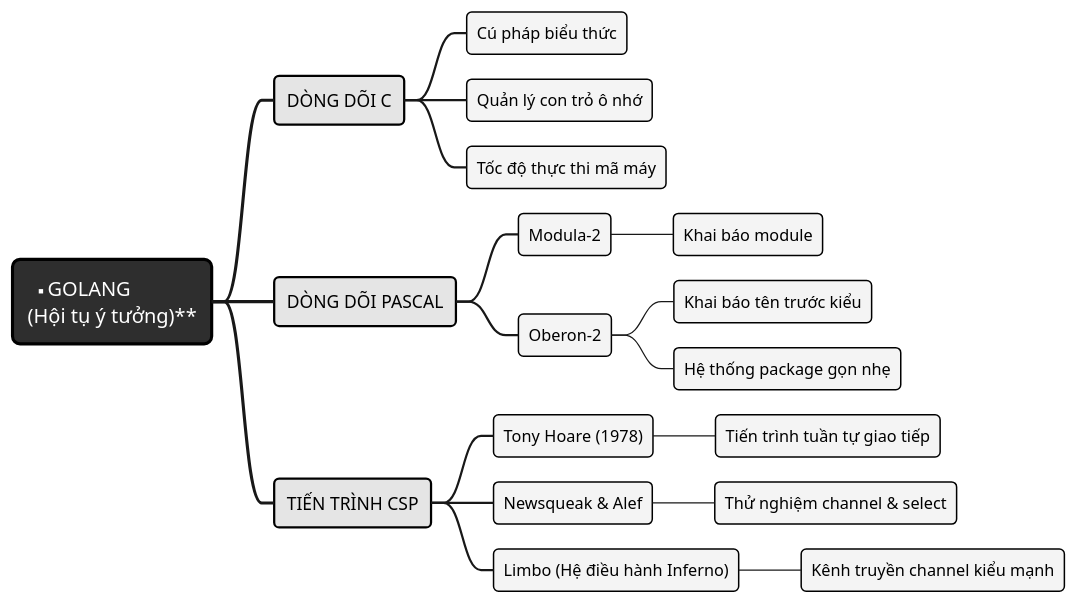
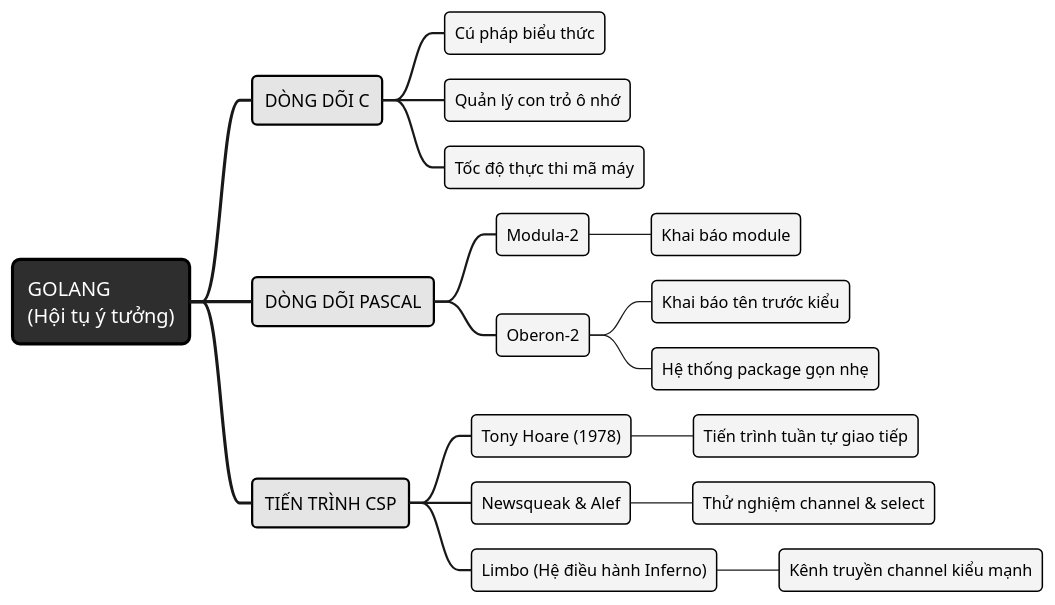
Before and after one commit to Minhlike/Golang: the diagram in assets/diagrams/go-idea-lineage.puml, drawn with PlantUML. The commit also changed 98 other files, not shown here.

```diff
--- a/assets/diagrams/go-idea-lineage.puml
+++ b/assets/diagrams/go-idea-lineage.puml
@@ -1,52 +1,52 @@
 @startmindmap
 skinparam backgroundColor white
 skinparam defaultFontName "Source Sans 3"
 skinparam defaultFontSize 14
 <style>
 mindmapDiagram {
   node {
     BackgroundColor #F4F4F4
     LineColor #000000
     LineThickness 1.2
     FontColor #000000
     FontSize 13
     RoundCorner 8
     Padding 8
   }
   :depth(0) {
     BackgroundColor #2E2E2E
     FontColor #FFFFFF
     FontSize 16
     LineThickness 2.5
     RoundCorner 12
     Padding 12
   }
   :depth(1) {
     BackgroundColor #E5E5E5
     FontColor #000000
     FontSize 14
     LineThickness 1.8
     RoundCorner 8
     Padding 10
   }
 }
 </style>
-* **GOLANG\n(Hội tụ ý tưởng)**
+* GOLANG\n(Hội tụ ý tưởng)
 ** DÒNG DÕI C
 *** Cú pháp biểu thức
 *** Quản lý con trỏ ô nhớ
 *** Tốc độ thực thi mã máy
 ** DÒNG DÕI PASCAL
 *** Modula-2
 **** Khai báo module
 *** Oberon-2
 **** Khai báo tên trước kiểu
 **** Hệ thống package gọn nhẹ
 ** TIẾN TRÌNH CSP
 *** Tony Hoare (1978)
 **** Tiến trình tuần tự giao tiếp
 *** Newsqueak & Alef
 **** Thử nghiệm channel & select
 *** Limbo (Hệ điều hành Inferno)
 **** Kênh truyền channel kiểu mạnh
 @endmindmap
```
